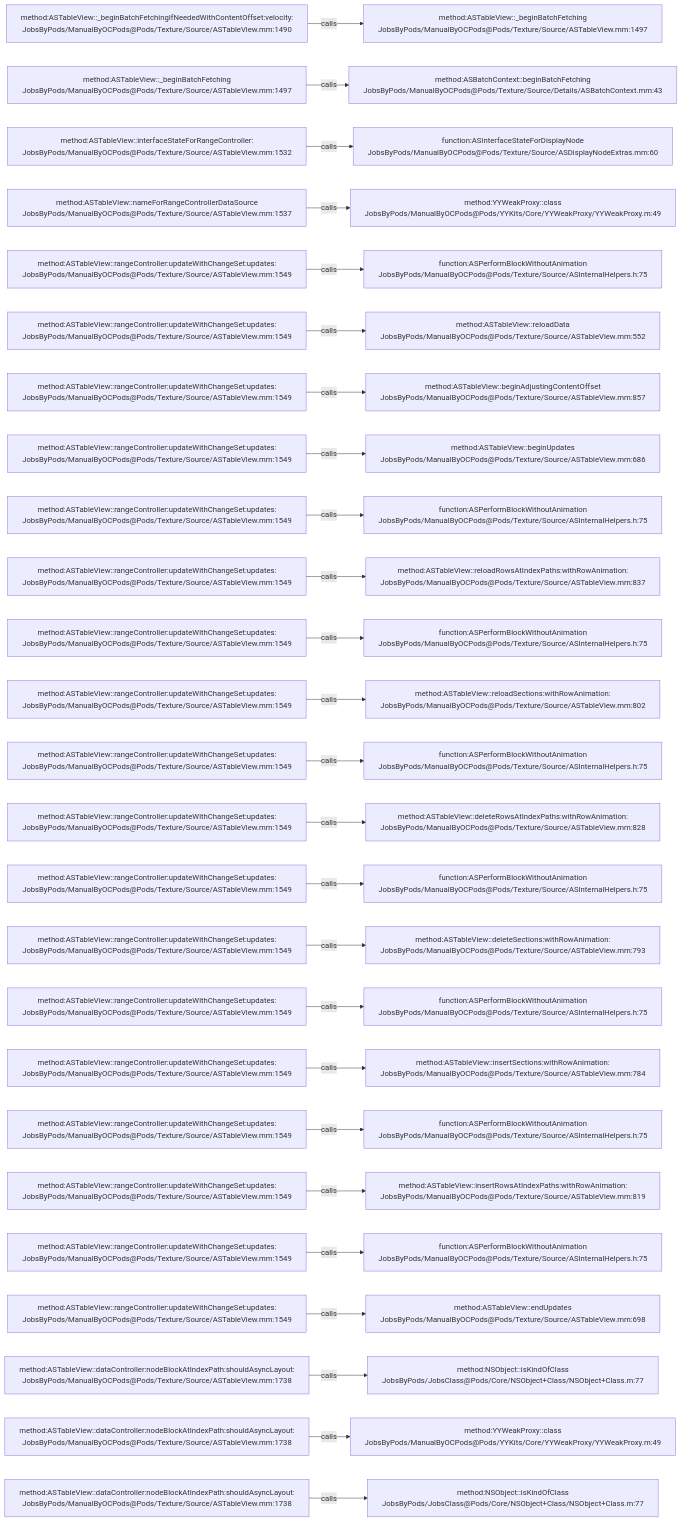
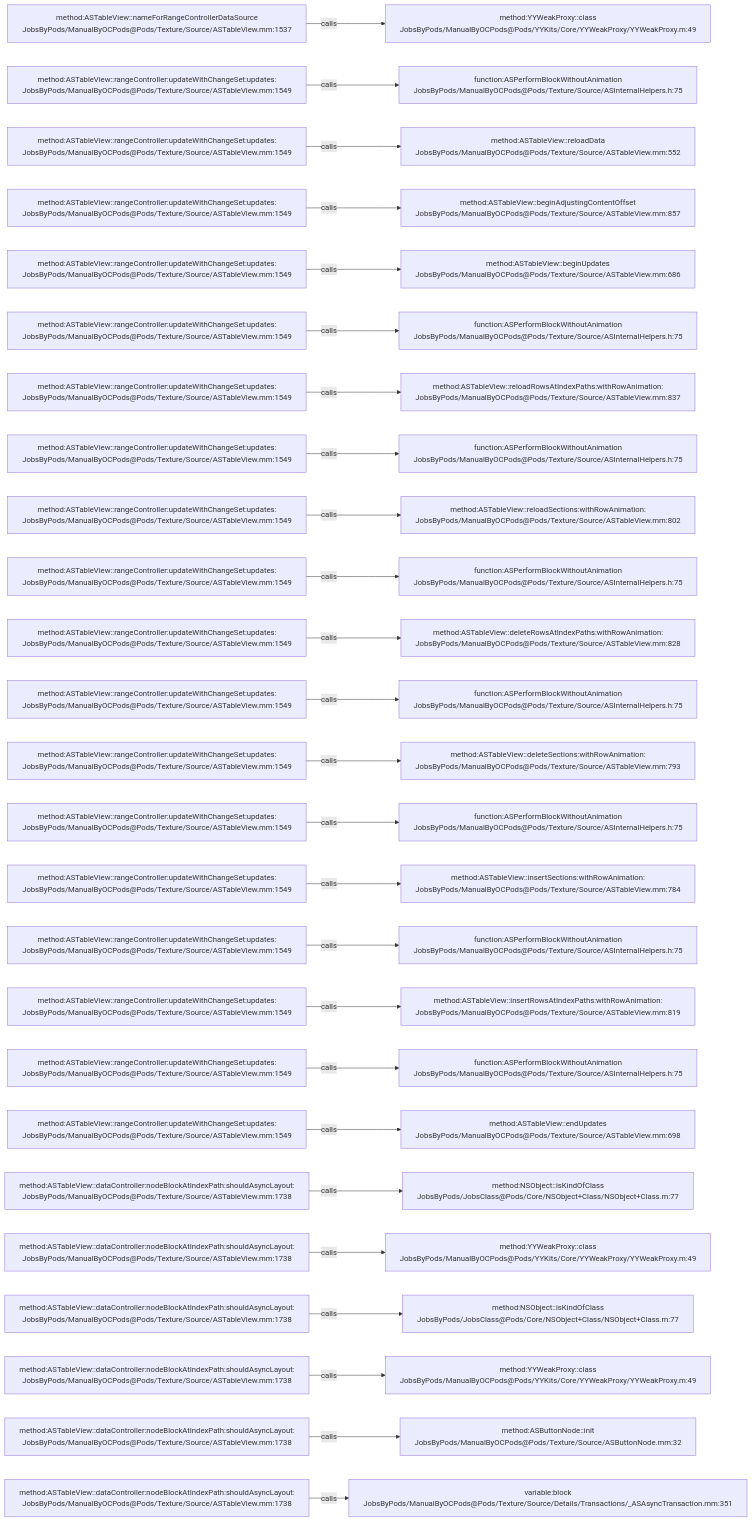
Before and after one commit to JobsKits/JobsOCBaseConfigDemo: the diagram in .codegraph/codegraph.md/graphs/calls-132.md, drawn with Mermaid. The commit also changed 342 other files, not shown here.

````diff
--- a/.codegraph/codegraph.md/graphs/calls-132.md
+++ b/.codegraph/codegraph.md/graphs/calls-132.md
@@ -13,78 +13,78 @@
 ```mermaid
 flowchart LR
-  S1["method:ASTableView::_beginBatchFetchingIfNeededWithContentOffset:velocity:<br/>JobsByPods/ManualByOCPods@Pods/Texture/Source/ASTableView.mm:1490"]
-  T1["method:ASTableView::_beginBatchFetching<br/>JobsByPods/ManualByOCPods@Pods/Texture/Source/ASTableView.mm:1497"]
+  S1["method:ASTableView::nameForRangeControllerDataSource<br/>JobsByPods/ManualByOCPods@Pods/Texture/Source/ASTableView.mm:1537"]
+  T1["method:YYWeakProxy::class<br/>JobsByPods/ManualByOCPods@Pods/YYKits/Core/YYWeakProxy/YYWeakProxy.m:49"]
   S1 -->|calls| T1
-  S2["method:ASTableView::_beginBatchFetching<br/>JobsByPods/ManualByOCPods@Pods/Texture/Source/ASTableView.mm:1497"]
-  T2["method:ASBatchContext::beginBatchFetching<br/>JobsByPods/ManualByOCPods@Pods/Texture/Source/Details/ASBatchContext.mm:43"]
+  S2["method:ASTableView::rangeController:updateWithChangeSet:updates:<br/>JobsByPods/ManualByOCPods@Pods/Texture/Source/ASTableView.mm:1549"]
+  T2["function:ASPerformBlockWithoutAnimation<br/>JobsByPods/ManualByOCPods@Pods/Texture/Source/ASInternalHelpers.h:75"]
   S2 -->|calls| T2
-  S3["method:ASTableView::interfaceStateForRangeController:<br/>JobsByPods/ManualByOCPods@Pods/Texture/Source/ASTableView.mm:1532"]
-  T3["function:ASInterfaceStateForDisplayNode<br/>JobsByPods/ManualByOCPods@Pods/Texture/Source/ASDisplayNodeExtras.mm:60"]
+  S3["method:ASTableView::rangeController:updateWithChangeSet:updates:<br/>JobsByPods/ManualByOCPods@Pods/Texture/Source/ASTableView.mm:1549"]
+  T3["method:ASTableView::reloadData<br/>JobsByPods/ManualByOCPods@Pods/Texture/Source/ASTableView.mm:552"]
   S3 -->|calls| T3
-  S4["method:ASTableView::nameForRangeControllerDataSource<br/>JobsByPods/ManualByOCPods@Pods/Texture/Source/ASTableView.mm:1537"]
-  T4["method:YYWeakProxy::class<br/>JobsByPods/ManualByOCPods@Pods/YYKits/Core/YYWeakProxy/YYWeakProxy.m:49"]
+  S4["method:ASTableView::rangeController:updateWithChangeSet:updates:<br/>JobsByPods/ManualByOCPods@Pods/Texture/Source/ASTableView.mm:1549"]
+  T4["method:ASTableView::beginAdjustingContentOffset<br/>JobsByPods/ManualByOCPods@Pods/Texture/Source/ASTableView.mm:857"]
   S4 -->|calls| T4
   S5["method:ASTableView::rangeController:updateWithChangeSet:updates:<br/>JobsByPods/ManualByOCPods@Pods/Texture/Source/ASTableView.mm:1549"]
-  T5["function:ASPerformBlockWithoutAnimation<br/>JobsByPods/ManualByOCPods@Pods/Texture/Source/ASInternalHelpers.h:75"]
+  T5["method:ASTableView::beginUpdates<br/>JobsByPods/ManualByOCPods@Pods/Texture/Source/ASTableView.mm:686"]
   S5 -->|calls| T5
   S6["method:ASTableView::rangeController:updateWithChangeSet:updates:<br/>JobsByPods/ManualByOCPods@Pods/Texture/Source/ASTableView.mm:1549"]
-  T6["method:ASTableView::reloadData<br/>JobsByPods/ManualByOCPods@Pods/Texture/Source/ASTableView.mm:552"]
+  T6["function:ASPerformBlockWithoutAnimation<br/>JobsByPods/ManualByOCPods@Pods/Texture/Source/ASInternalHelpers.h:75"]
   S6 -->|calls| T6
   S7["method:ASTableView::rangeController:updateWithChangeSet:updates:<br/>JobsByPods/ManualByOCPods@Pods/Texture/Source/ASTableView.mm:1549"]
-  T7["method:ASTableView::beginAdjustingContentOffset<br/>JobsByPods/ManualByOCPods@Pods/Texture/Source/ASTableView.mm:857"]
+  T7["method:ASTableView::reloadRowsAtIndexPaths:withRowAnimation:<br/>JobsByPods/ManualByOCPods@Pods/Texture/Source/ASTableView.mm:837"]
   S7 -->|calls| T7
   S8["method:ASTableView::rangeController:updateWithChangeSet:updates:<br/>JobsByPods/ManualByOCPods@Pods/Texture/Source/ASTableView.mm:1549"]
-  T8["method:ASTableView::beginUpdates<br/>JobsByPods/ManualByOCPods@Pods/Texture/Source/ASTableView.mm:686"]
+  T8["function:ASPerformBlockWithoutAnimation<br/>JobsByPods/ManualByOCPods@Pods/Texture/Source/ASInternalHelpers.h:75"]
   S8 -->|calls| T8
   S9["method:ASTableView::rangeController:updateWithChangeSet:updates:<br/>JobsByPods/ManualByOCPods@Pods/Texture/Source/ASTableView.mm:1549"]
-  T9["function:ASPerformBlockWithoutAnimation<br/>JobsByPods/ManualByOCPods@Pods/Texture/Source/ASInternalHelpers.h:75"]
+  T9["method:ASTableView::reloadSections:withRowAnimation:<br/>JobsByPods/ManualByOCPods@Pods/Texture/Source/ASTableView.mm:802"]
   S9 -->|calls| T9
   S10["method:ASTableView::rangeController:updateWithChangeSet:updates:<br/>JobsByPods/ManualByOCPods@Pods/Texture/Source/ASTableView.mm:1549"]
-  T10["method:ASTableView::reloadRowsAtIndexPaths:withRowAnimation:<br/>JobsByPods/ManualByOCPods@Pods/Texture/Source/ASTableView.mm:837"]
+  T10["function:ASPerformBlockWithoutAnimation<br/>JobsByPods/ManualByOCPods@Pods/Texture/Source/ASInternalHelpers.h:75"]
   S10 -->|calls| T10
   S11["method:ASTableView::rangeController:updateWithChangeSet:updates:<br/>JobsByPods/ManualByOCPods@Pods/Texture/Source/ASTableView.mm:1549"]
-  T11["function:ASPerformBlockWithoutAnimation<br/>JobsByPods/ManualByOCPods@Pods/Texture/Source/ASInternalHelpers.h:75"]
+  T11["method:ASTableView::deleteRowsAtIndexPaths:withRowAnimation:<br/>JobsByPods/ManualByOCPods@Pods/Texture/Source/ASTableView.mm:828"]
   S11 -->|calls| T11
   S12["method:ASTableView::rangeController:updateWithChangeSet:updates:<br/>JobsByPods/ManualByOCPods@Pods/Texture/Source/ASTableView.mm:1549"]
-  T12["method:ASTableView::reloadSections:withRowAnimation:<br/>JobsByPods/ManualByOCPods@Pods/Texture/Source/ASTableView.mm:802"]
+  T12["function:ASPerformBlockWithoutAnimation<br/>JobsByPods/ManualByOCPods@Pods/Texture/Source/ASInternalHelpers.h:75"]
   S12 -->|calls| T12
   S13["method:ASTableView::rangeController:updateWithChangeSet:updates:<br/>JobsByPods/ManualByOCPods@Pods/Texture/Source/ASTableView.mm:1549"]
-  T13["function:ASPerformBlockWithoutAnimation<br/>JobsByPods/ManualByOCPods@Pods/Texture/Source/ASInternalHelpers.h:75"]
+  T13["method:ASTableView::deleteSections:withRowAnimation:<br/>JobsByPods/ManualByOCPods@Pods/Texture/Source/ASTableView.mm:793"]
   S13 -->|calls| T13
   S14["method:ASTableView::rangeController:updateWithChangeSet:updates:<br/>JobsByPods/ManualByOCPods@Pods/Texture/Source/ASTableView.mm:1549"]
-  T14["method:ASTableView::deleteRowsAtIndexPaths:withRowAnimation:<br/>JobsByPods/ManualByOCPods@Pods/Texture/Source/ASTableView.mm:828"]
+  T14["function:ASPerformBlockWithoutAnimation<br/>JobsByPods/ManualByOCPods@Pods/Texture/Source/ASInternalHelpers.h:75"]
   S14 -->|calls| T14
   S15["method:ASTableView::rangeController:updateWithChangeSet:updates:<br/>JobsByPods/ManualByOCPods@Pods/Texture/Source/ASTableView.mm:1549"]
-  T15["function:ASPerformBlockWithoutAnimation<br/>JobsByPods/ManualByOCPods@Pods/Texture/Source/ASInternalHelpers.h:75"]
+  T15["method:ASTableView::insertSections:withRowAnimation:<br/>JobsByPods/ManualByOCPods@Pods/Texture/Source/ASTableView.mm:784"]
   S15 -->|calls| T15
   S16["method:ASTableView::rangeController:updateWithChangeSet:updates:<br/>JobsByPods/ManualByOCPods@Pods/Texture/Source/ASTableView.mm:1549"]
-  T16["method:ASTableView::deleteSections:withRowAnimation:<br/>JobsByPods/ManualByOCPods@Pods/Texture/Source/ASTableView.mm:793"]
+  T16["function:ASPerformBlockWithoutAnimation<br/>JobsByPods/ManualByOCPods@Pods/Texture/Source/ASInternalHelpers.h:75"]
   S16 -->|calls| T16
   S17["method:ASTableView::rangeController:updateWithChangeSet:updates:<br/>JobsByPods/ManualByOCPods@Pods/Texture/Source/ASTableView.mm:1549"]
-  T17["function:ASPerformBlockWithoutAnimation<br/>JobsByPods/ManualByOCPods@Pods/Texture/Source/ASInternalHelpers.h:75"]
+  T17["method:ASTableView::insertRowsAtIndexPaths:withRowAnimation:<br/>JobsByPods/ManualByOCPods@Pods/Texture/Source/ASTableView.mm:819"]
   S17 -->|calls| T17
   S18["method:ASTableView::rangeController:updateWithChangeSet:updates:<br/>JobsByPods/ManualByOCPods@Pods/Texture/Source/ASTableView.mm:1549"]
-  T18["method:ASTableView::insertSections:withRowAnimation:<br/>JobsByPods/ManualByOCPods@Pods/Texture/Source/ASTableView.mm:784"]
+  T18["function:ASPerformBlockWithoutAnimation<br/>JobsByPods/ManualByOCPods@Pods/Texture/Source/ASInternalHelpers.h:75"]
   S18 -->|calls| T18
   S19["method:ASTableView::rangeController:updateWithChangeSet:updates:<br/>JobsByPods/ManualByOCPods@Pods/Texture/Source/ASTableView.mm:1549"]
-  T19["function:ASPerformBlockWithoutAnimation<br/>JobsByPods/ManualByOCPods@Pods/Texture/Source/ASInternalHelpers.h:75"]
+  T19["method:ASTableView::endUpdates<br/>JobsByPods/ManualByOCPods@Pods/Texture/Source/ASTableView.mm:698"]
   S19 -->|calls| T19
-  S20["method:ASTableView::rangeController:updateWithChangeSet:updates:<br/>JobsByPods/ManualByOCPods@Pods/Texture/Source/ASTableView.mm:1549"]
-  T20["method:ASTableView::insertRowsAtIndexPaths:withRowAnimation:<br/>JobsByPods/ManualByOCPods@Pods/Texture/Source/ASTableView.mm:819"]
+  S20["method:ASTableView::dataController:nodeBlockAtIndexPath:shouldAsyncLayout:<br/>JobsByPods/ManualByOCPods@Pods/Texture/Source/ASTableView.mm:1738"]
+  T20["method:NSObject::isKindOfClass<br/>JobsByPods/JobsClass@Pods/Core/NSObject+Class/NSObject+Class.m:77"]
   S20 -->|calls| T20
-  S21["method:ASTableView::rangeController:updateWithChangeSet:updates:<br/>JobsByPods/ManualByOCPods@Pods/Texture/Source/ASTableView.mm:1549"]
-  T21["function:ASPerformBlockWithoutAnimation<br/>JobsByPods/ManualByOCPods@Pods/Texture/Source/ASInternalHelpers.h:75"]
+  S21["method:ASTableView::dataController:nodeBlockAtIndexPath:shouldAsyncLayout:<br/>JobsByPods/ManualByOCPods@Pods/Texture/Source/ASTableView.mm:1738"]
+  T21["method:YYWeakProxy::class<br/>JobsByPods/ManualByOCPods@Pods/YYKits/Core/YYWeakProxy/YYWeakProxy.m:49"]
   S21 -->|calls| T21
-  S22["method:ASTableView::rangeController:updateWithChangeSet:updates:<br/>JobsByPods/ManualByOCPods@Pods/Texture/Source/ASTableView.mm:1549"]
-  T22["method:ASTableView::endUpdates<br/>JobsByPods/ManualByOCPods@Pods/Texture/Source/ASTableView.mm:698"]
+  S22["method:ASTableView::dataController:nodeBlockAtIndexPath:shouldAsyncLayout:<br/>JobsByPods/ManualByOCPods@Pods/Texture/Source/ASTableView.mm:1738"]
+  T22["method:NSObject::isKindOfClass<br/>JobsByPods/JobsClass@Pods/Core/NSObject+Class/NSObject+Class.m:77"]
   S22 -->|calls| T22
   S23["method:ASTableView::dataController:nodeBlockAtIndexPath:shouldAsyncLayout:<br/>JobsByPods/ManualByOCPods@Pods/Texture/Source/ASTableView.mm:1738"]
-  T23["method:NSObject::isKindOfClass<br/>JobsByPods/JobsClass@Pods/Core/NSObject+Class/NSObject+Class.m:77"]
+  T23["method:YYWeakProxy::class<br/>JobsByPods/ManualByOCPods@Pods/YYKits/Core/YYWeakProxy/YYWeakProxy.m:49"]
   S23 -->|calls| T23
   S24["method:ASTableView::dataController:nodeBlockAtIndexPath:shouldAsyncLayout:<br/>JobsByPods/ManualByOCPods@Pods/Texture/Source/ASTableView.mm:1738"]
-  T24["method:YYWeakProxy::class<br/>JobsByPods/ManualByOCPods@Pods/YYKits/Core/YYWeakProxy/YYWeakProxy.m:49"]
+  T24["method:ASButtonNode::init<br/>JobsByPods/ManualByOCPods@Pods/Texture/Source/ASButtonNode.mm:32"]
   S24 -->|calls| T24
   S25["method:ASTableView::dataController:nodeBlockAtIndexPath:shouldAsyncLayout:<br/>JobsByPods/ManualByOCPods@Pods/Texture/Source/ASTableView.mm:1738"]
-  T25["method:NSObject::isKindOfClass<br/>JobsByPods/JobsClass@Pods/Core/NSObject+Class/NSObject+Class.m:77"]
+  T25["variable:block<br/>JobsByPods/ManualByOCPods@Pods/Texture/Source/Details/Transactions/_ASAsyncTransaction.mm:351"]
   S25 -->|calls| T25
 ```
````
